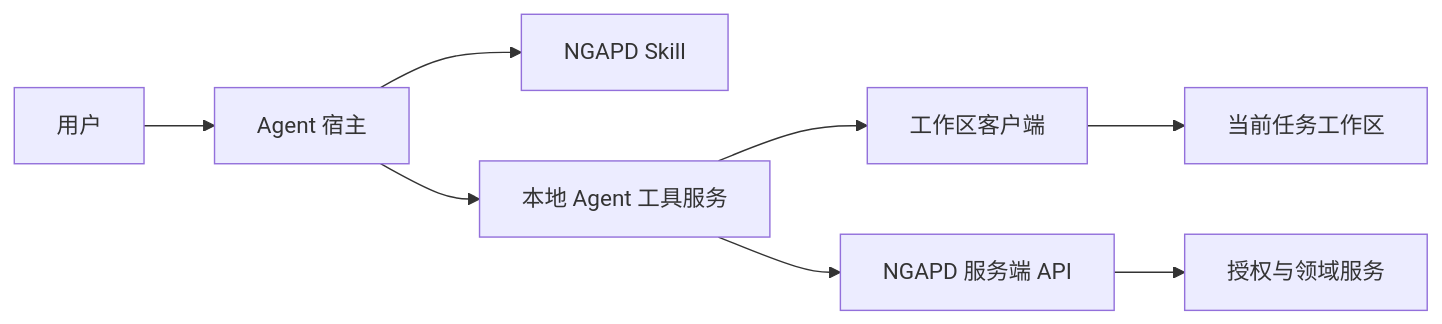
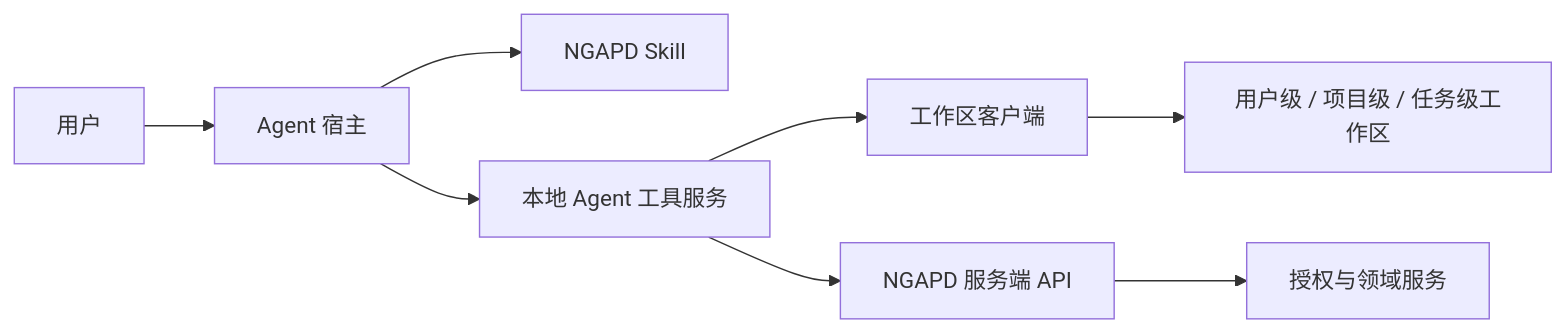
The diagram in docs/06-agent-integration.md (V-sion-V/NGAPD), drawn with Mermaid before and after one commit. The commit also changed other lines of this file and 9 other files, not shown here.

````diff
--- a/docs/06-agent-integration.md
+++ b/docs/06-agent-integration.md
@@ -18,10 +19,10 @@
 ```mermaid
 flowchart LR
     User["用户"] --> Host["Agent 宿主"]
     Host --> Skill["NGAPD Skill"]
     Host --> Tools["本地 Agent 工具服务"]
     Tools --> Client["工作区客户端"]
     Tools --> API["NGAPD 服务端 API"]
-    Client --> FS["当前任务工作区"]
+    Client --> FS["用户级 / 项目级 / 任务级工作区"]
     API --> Domain["授权与领域服务"]
 ```
````
